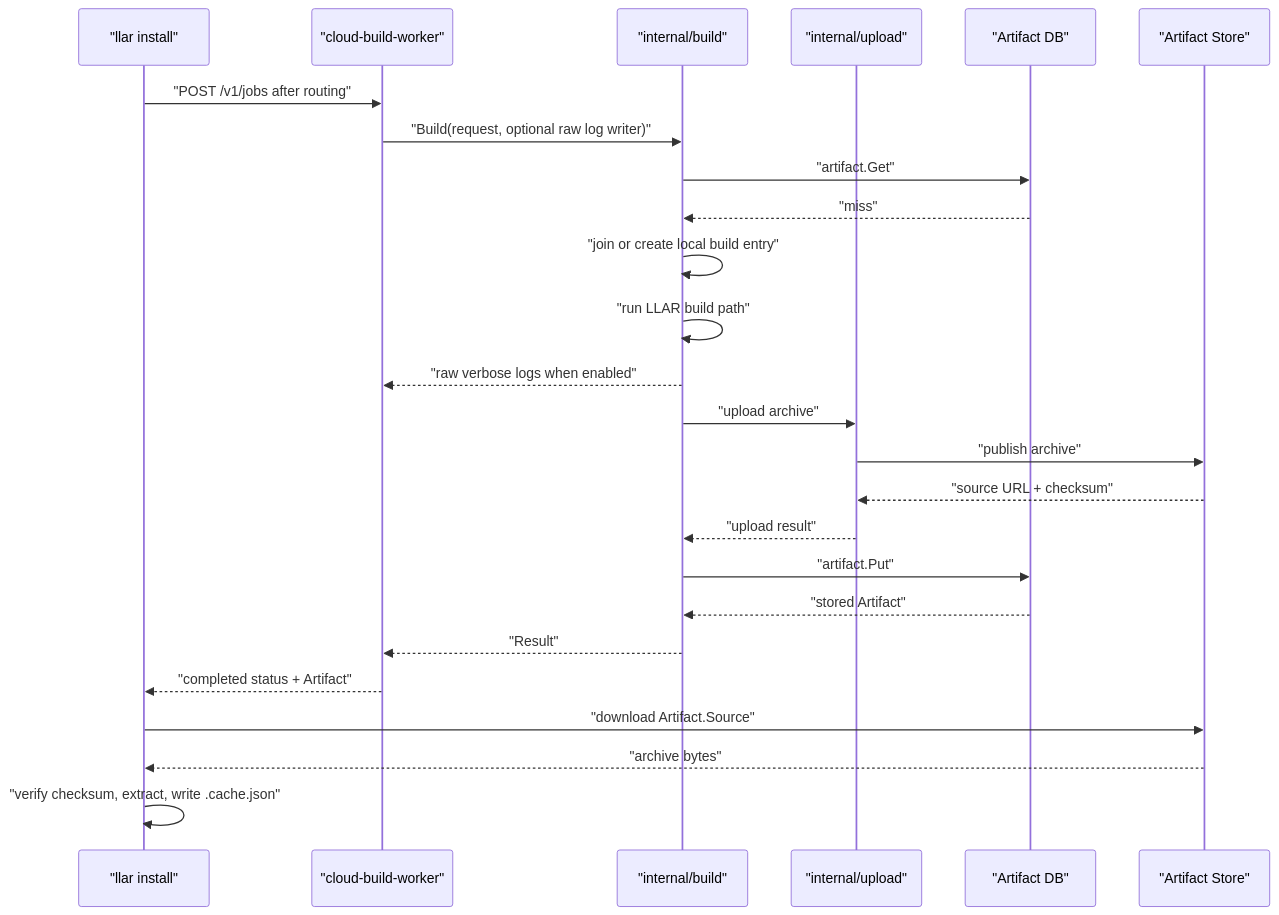
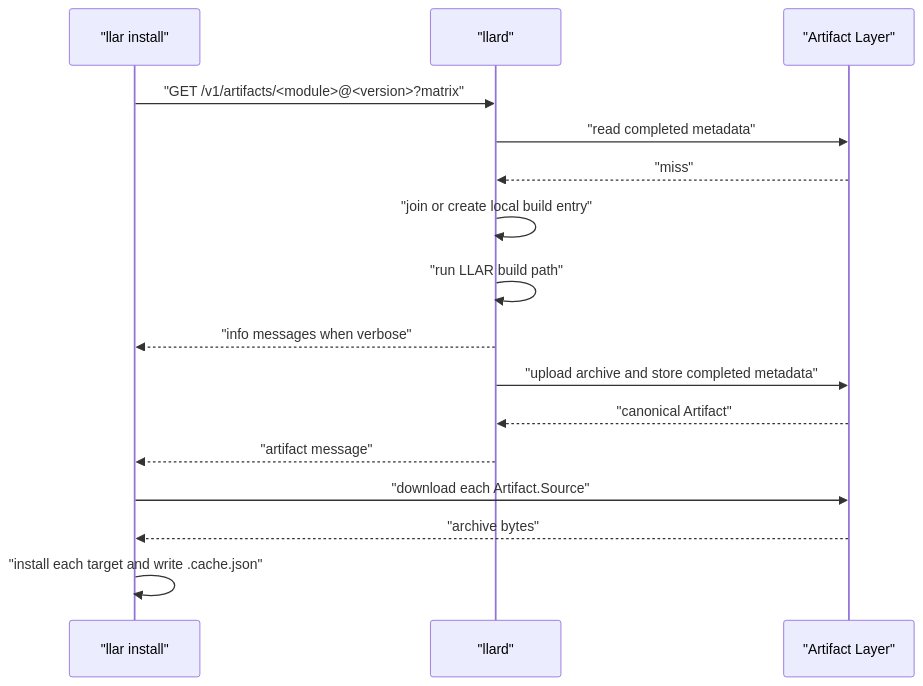
The third of 6 diagrams in docs/superpowers/specs/2026-06-08-cloud-build-worker-architecture.md (MeteorsLiu/llar), drawn with Mermaid before and after one commit. The commit also changed other lines of this file and 4 other files, not shown here.

````diff
--- a/docs/superpowers/specs/2026-06-08-cloud-build-worker-architecture.md
+++ b/docs/superpowers/specs/2026-06-08-cloud-build-worker-architecture.md
@@ -432,28 +434,19 @@
 ```mermaid
 sequenceDiagram
   participant Client as "llar install"
-  participant Worker as "cloud-build-worker"
-  participant Build as "internal/build"
-  participant Upload as "internal/upload"
-  participant DB as "Artifact DB"
-  participant Store as "Artifact Store"
+  participant Llard as "llard"
+  participant Artifact as "Artifact Layer"
 
-  Client->>Worker: "POST /v1/jobs after routing"
-  Worker->>Build: "Build(request, optional raw log writer)"
-  Build->>DB: "artifact.Get"
-  DB-->>Build: "miss"
-  Build->>Build: "join or create local build entry"
-  Build->>Build: "run LLAR build path"
-  Build-->>Worker: "raw verbose logs when enabled"
-  Build->>Upload: "upload archive"
-  Upload->>Store: "publish archive"
-  Store-->>Upload: "source URL + checksum"
-  Upload-->>Build: "upload result"
-  Build->>DB: "artifact.Put"
-  DB-->>Build: "stored Artifact"
-  Build-->>Worker: "Result"
-  Worker-->>Client: "completed status + Artifact"
-  Client->>Store: "download Artifact.Source"
-  Store-->>Client: "archive bytes"
-  Client->>Client: "verify checksum, extract, write .cache.json"
+  Client->>Llard: "GET /v1/artifacts/<module>@<version>?matrix"
+  Llard->>Artifact: "read completed metadata"
+  Artifact-->>Llard: "miss"
+  Llard->>Llard: "join or create local build entry"
+  Llard->>Llard: "run LLAR build path"
+  Llard-->>Client: "info messages when verbose"
+  Llard->>Artifact: "upload archive and store completed metadata"
+  Artifact-->>Llard: "canonical Artifact"
+  Llard-->>Client: "artifact message"
+  Client->>Artifact: "download each Artifact.Source"
+  Artifact-->>Client: "archive bytes"
+  Client->>Client: "install each target and write .cache.json"
 ```
````
